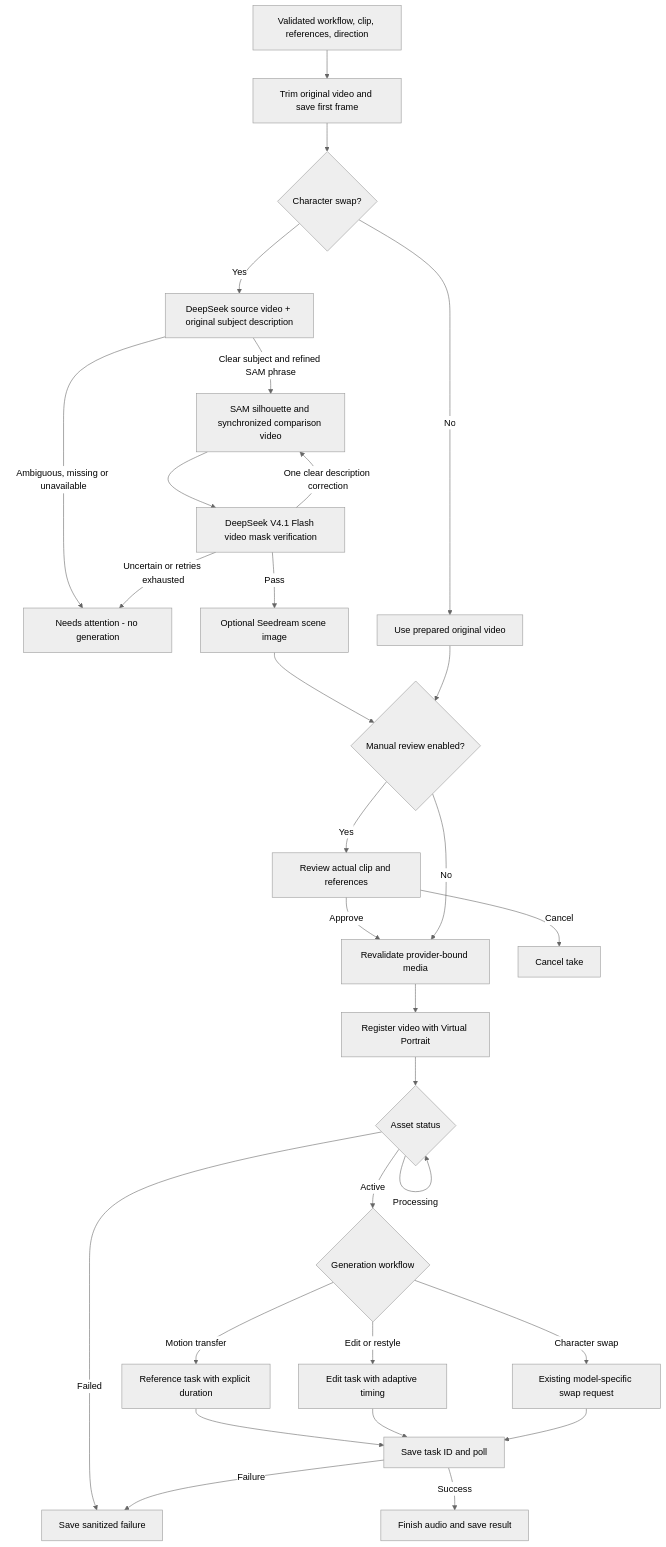
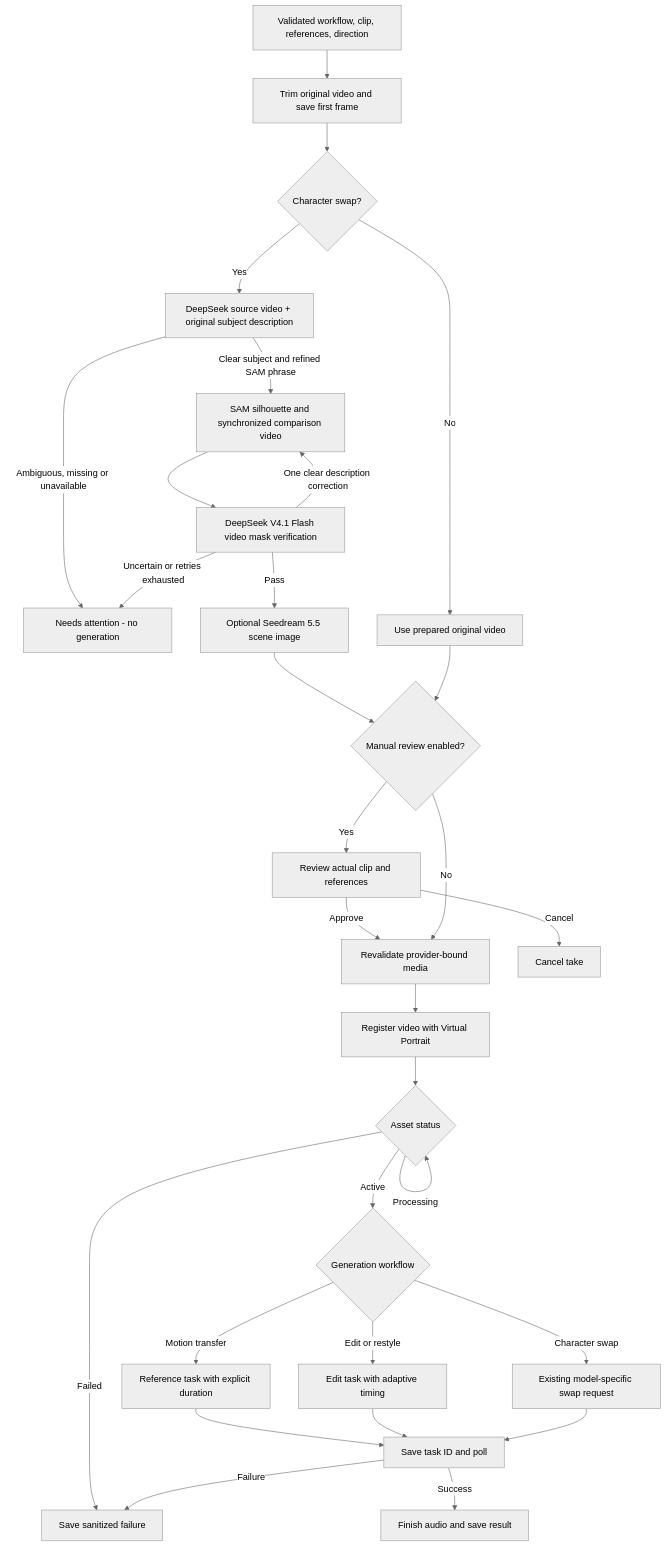
The diagram in docs/workflows.md (ArthurReimus-ByteDance/seed-genjutsu), drawn with Mermaid (neutral theme) before and after one commit. The commit also changed other lines of this file and 12 other files, not shown here.

First line of the commit message:
Upgrade scene preparation to Seedream 5.5

````diff
--- a/docs/workflows.md
+++ b/docs/workflows.md
@@ -26,32 +26,32 @@
 ```mermaid
 flowchart TD
     Input["Validated workflow, clip, references, direction"] --> Trim["Trim original video and save first frame"]
     Trim --> Mode{"Character swap?"}
     Mode -->|Yes| Refine["DeepSeek source video + original subject description"]
     Refine -->|Clear subject and refined SAM phrase| Mask["SAM silhouette and synchronized comparison video"]
     Refine -->|Ambiguous, missing or unavailable| Attention
     Mode -->|No| Original["Use prepared original video"]
     Mask --> Verify["DeepSeek V4.1 Flash video mask verification"]
-    Verify -->|Pass| Scene["Optional Seedream scene image"]
+    Verify -->|Pass| Scene["Optional Seedream 5.5 scene image"]
     Verify -->|One clear description correction| Mask
     Verify -->|Uncertain or retries exhausted| Attention["Needs attention - no generation"]
     Scene --> Review{"Manual review enabled?"}
     Original --> Review
     Review -->|Yes| Approve["Review actual clip and references"]
     Approve -->|Approve| Validate["Revalidate provider-bound media"]
     Approve -->|Cancel| Cancel["Cancel take"]
     Review -->|No| Validate
     Validate --> Asset["Register video with Virtual Portrait"]
     Asset --> Active{"Asset status"}
     Active -->|Processing| Active
     Active -->|Failed| Failure["Save sanitized failure"]
     Active -->|Active| Task{"Generation workflow"}
     Task -->|Motion transfer| Motion["Reference task with explicit duration"]
     Task -->|Edit or restyle| Edit["Edit task with adaptive timing"]
     Task -->|Character swap| Legacy["Existing model-specific swap request"]
     Motion --> Poll["Save task ID and poll"]
     Edit --> Poll
     Legacy --> Poll
     Poll -->|Failure| Failure
     Poll -->|Success| Finish["Finish audio and save result"]
 ```
````
